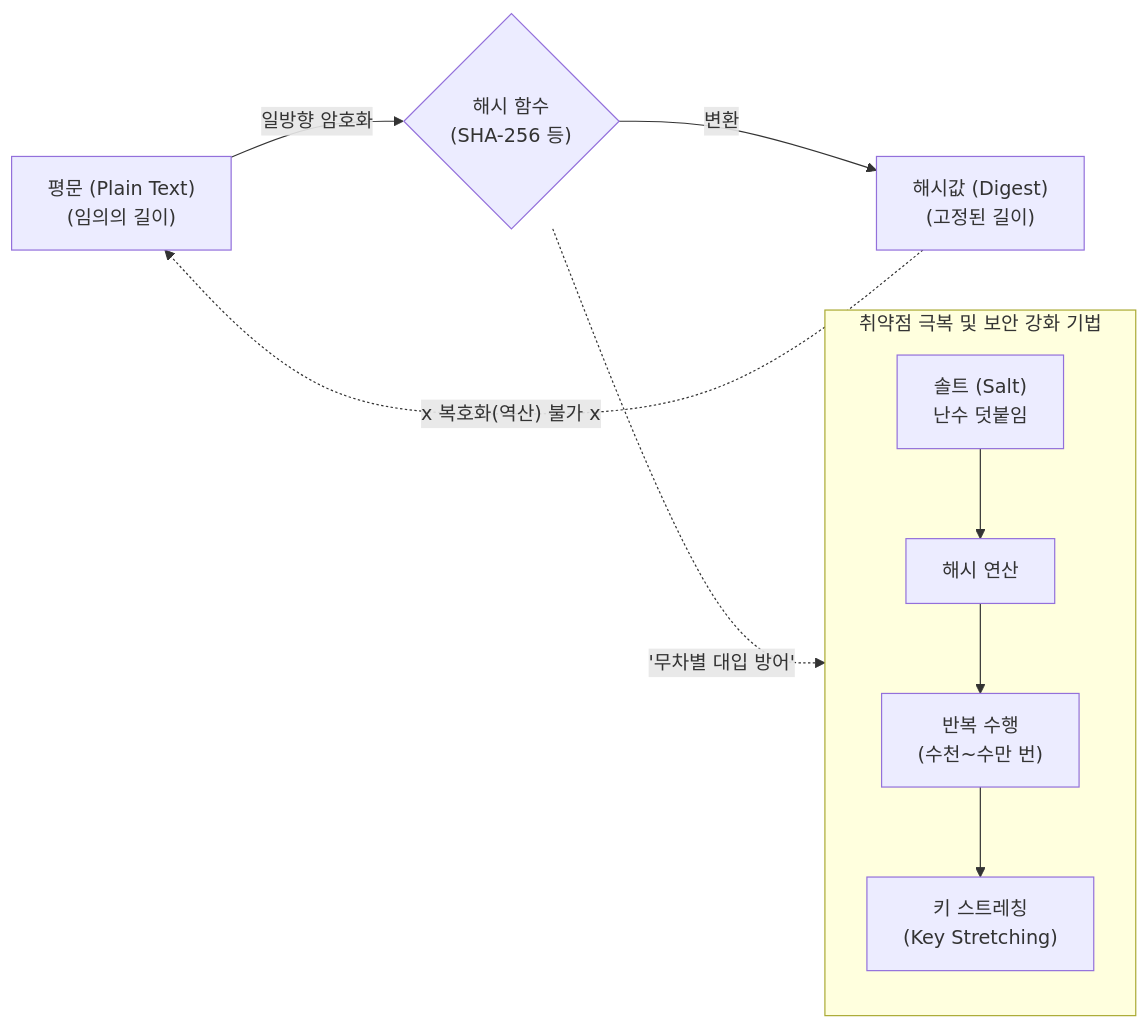
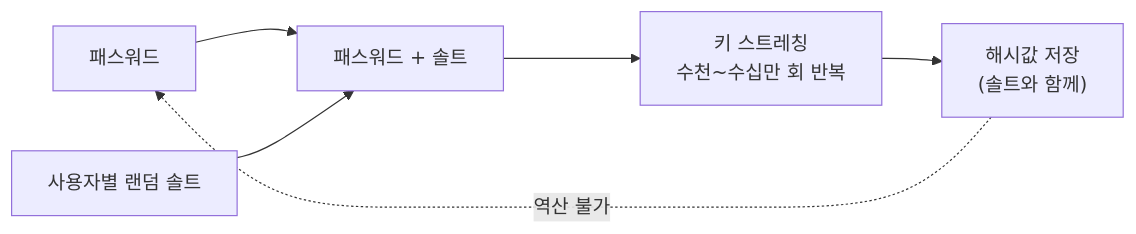
Before and after one commit to supremethumb/supremethumb.github.io: the diagram in content/01_IT Tech/일방향 암호화 방식.md, drawn with Mermaid. The commit also changed other lines of this file and 1087 other files, not shown here.

````diff
--- a/content/01_IT Tech/일방향 암호화 방식.md
+++ b/content/01_IT Tech/일방향 암호화 방식.md
@@ -26,21 +36,8 @@
 ```mermaid
 flowchart LR
-    Plain["평문 (Plain Text)<br/>(임의의 길이)"]
-    HashAlg{"해시 함수<br/>(SHA-256 등)"}
-    Cipher["해시값 (Digest)<br/>(고정된 길이)"]
-
-    Plain -->|"일방향 암호화"| HashAlg
-    HashAlg -->|"변환"| Cipher
-
-    Cipher -. "x 복호화(역산) 불가 x" .-> Plain
-
-    subgraph Security_Enhancement ["취약점 극복 및 보안 강화 기법"]
-        direction TB
-        Salt["솔트 (Salt)<br/>난수 덧붙임"] --> H1["해시 연산"]
-        H1 --> H2["반복 수행<br/>(수천~수만 번)"] --> H3["키 스트레칭<br/>(Key Stretching)"]
-    end
-    
-    HashAlg -. "'무차별 대입 방어'" .-> Security_Enhancement
-
-
+    PW["패스워드"] --> CAT["패스워드 + 솔트"]
+    SALT["사용자별 랜덤 솔트"] --> CAT
+    CAT --> KS["키 스트레칭<br/>수천~수십만 회 반복"]
+    KS --> H["해시값 저장<br/>(솔트와 함께)"]
+    H -.->|"역산 불가"| PW
 ```
````
